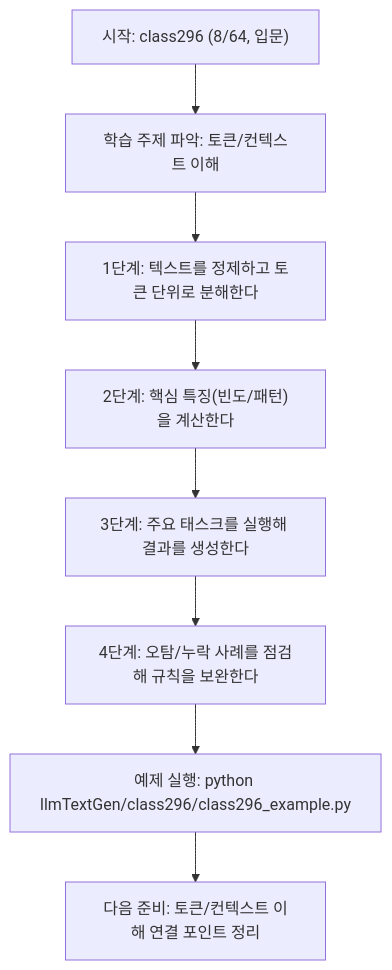
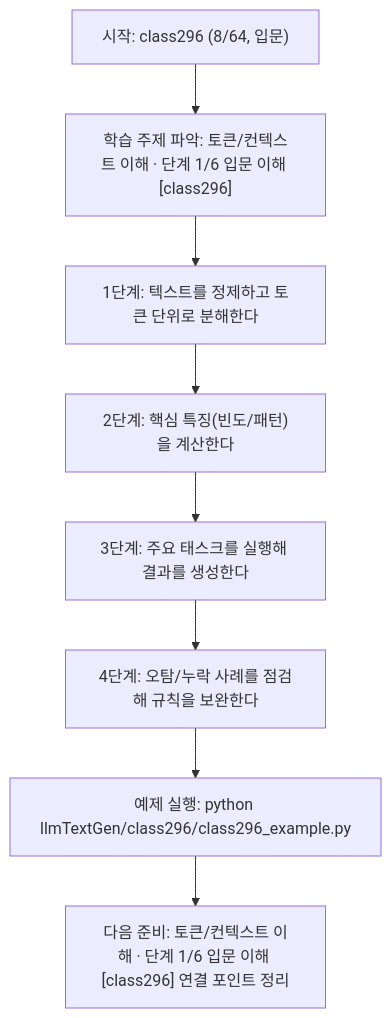
Before and after one commit to edumgt/Python-AI_Agent-Class: the diagram in llmTextGen/class296/class296.md, drawn with Mermaid. The commit also changed other lines of this file and 522 other files, not shown here.

````diff
--- a/llmTextGen/class296/class296.md
+++ b/llmTextGen/class296/class296.md
@@ -113,18 +114,18 @@
 ```mermaid
 flowchart TD
 N1["시작: class296 (8/64, 입문)"]
-N2["학습 주제 파악: 토큰/컨텍스트 이해"]
+N2["학습 주제 파악: 토큰/컨텍스트 이해 · 단계 1/6 입문 이해 [class296]"]
 N3["1단계: 텍스트를 정제하고 토큰 단위로 분해한다"]
 N4["2단계: 핵심 특징(빈도/패턴)을 계산한다"]
 N5["3단계: 주요 태스크를 실행해 결과를 생성한다"]
 N6["4단계: 오탐/누락 사례를 점검해 규칙을 보완한다"]
 N7["예제 실행: python llmTextGen/class296/class296_example.py"]
-N8["다음 준비: 토큰/컨텍스트 이해 연결 포인트 정리"]
+N8["다음 준비: 토큰/컨텍스트 이해 · 단계 1/6 입문 이해 [class296] 연결 포인트 정리"]
 N1 --> N2
 N2 --> N3
 N3 --> N4
 N4 --> N5
 N5 --> N6
 N6 --> N7
 N7 --> N8
 ```
````
